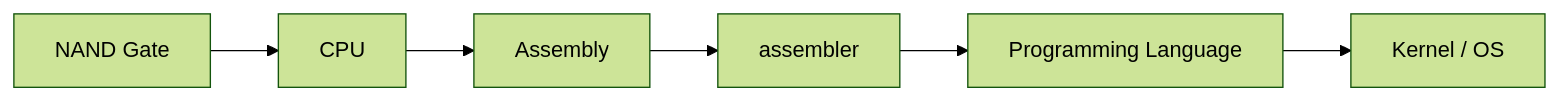
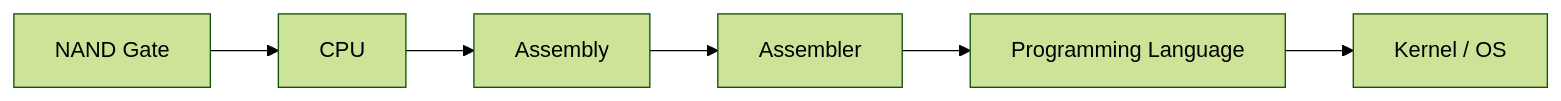
One commit to l0w3/l0w3.github.io changed the first of 6 diagrams in src/content/blog/hack-cpu-implementation.md. Above: the diagram before and after it, drawn with Mermaid (forest theme). The commit also changed other lines of this file, not shown here.

````diff
--- a/src/content/blog/hack-cpu-implementation.md
+++ b/src/content/blog/hack-cpu-implementation.md
@@ -24,15 +24,15 @@
 ```mermaid
 flowchart LR
     NAND["NAND Gate"]
     CPU["CPU"]
     ASM["Assembly"]
-    COMP["assembler"]
+    ASSEMBLER["Assembler"]
     LANG["Programming Language"]
     KERNEL["Kernel / OS"]
 
     NAND --> CPU
     CPU --> ASM
-    ASM --> COMP
-    COMP --> LANG
+    ASM --> ASSEMBLER
+    ASSEMBLER --> LANG
     LANG --> KERNEL
 ```
````
